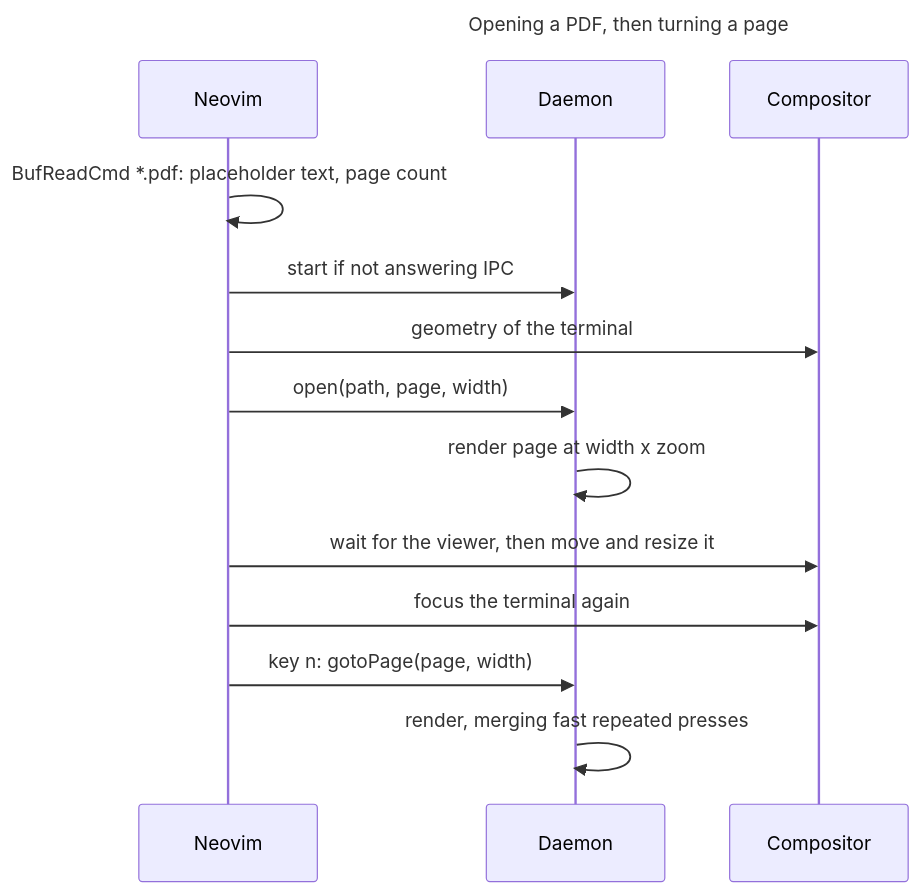
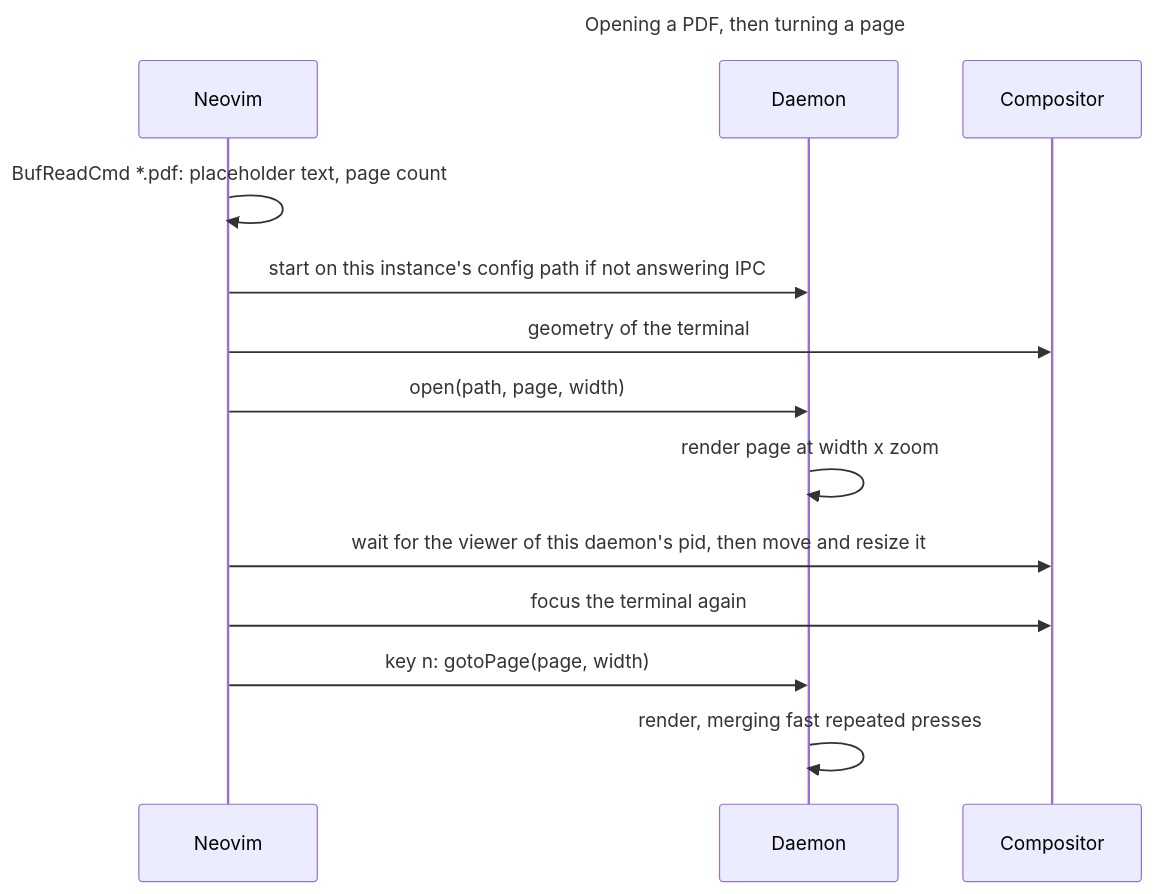
The second of 4 diagrams in docs/architecture.md (YacineIdir/quickpdf.nvim), drawn with Mermaid before and after one commit. The commit also changed other lines of this file and 47 other files, not shown here.

````diff
--- a/docs/architecture.md
+++ b/docs/architecture.md
@@ -40,17 +45,17 @@
 ```mermaid
 sequenceDiagram
     title Opening a PDF, then turning a page
     participant N as Neovim
     participant D as Daemon
     participant C as Compositor
 
     N->>N: BufReadCmd *.pdf: placeholder text, page count
-    N->>D: start if not answering IPC
+    N->>D: start on this instance's config path if not answering IPC
     N->>C: geometry of the terminal
     N->>D: open(path, page, width)
     D->>D: render page at width x zoom
-    N->>C: wait for the viewer, then move and resize it
+    N->>C: wait for the viewer of this daemon's pid, then move and resize it
     N->>C: focus the terminal again
     N->>D: key n: gotoPage(page, width)
     D->>D: render, merging fast repeated presses
 ```
````
